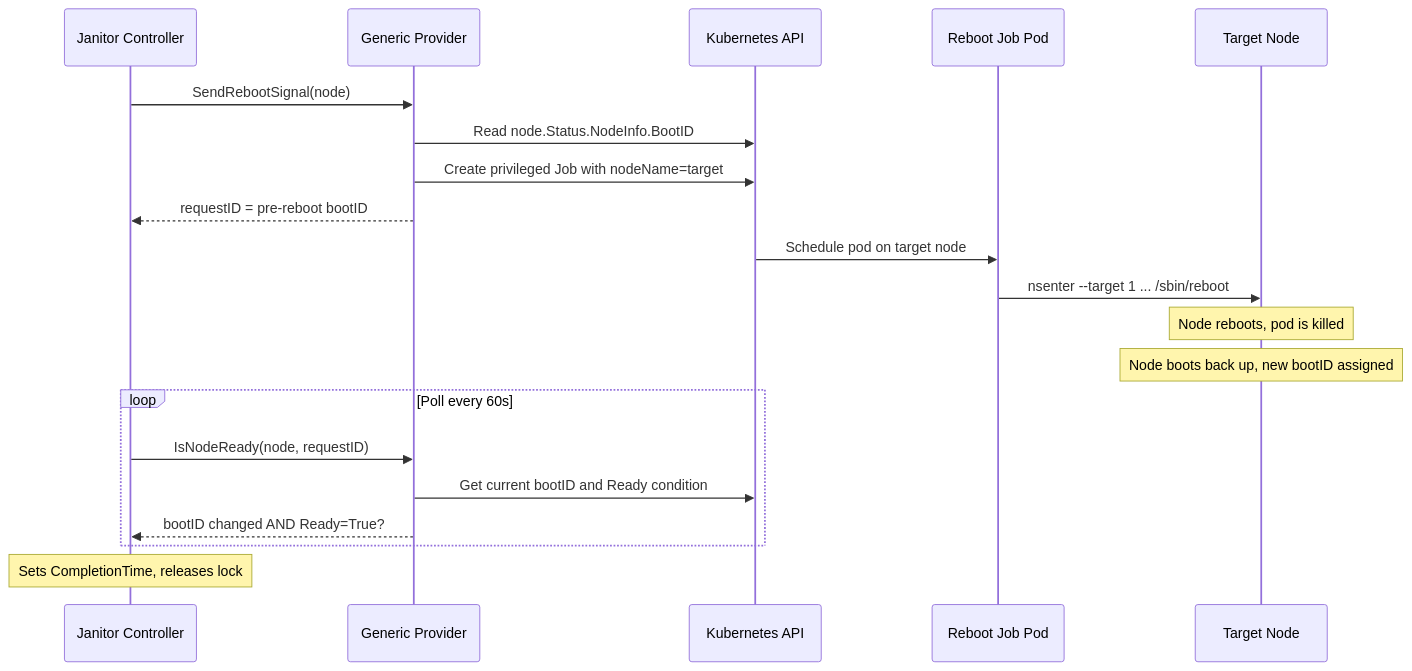
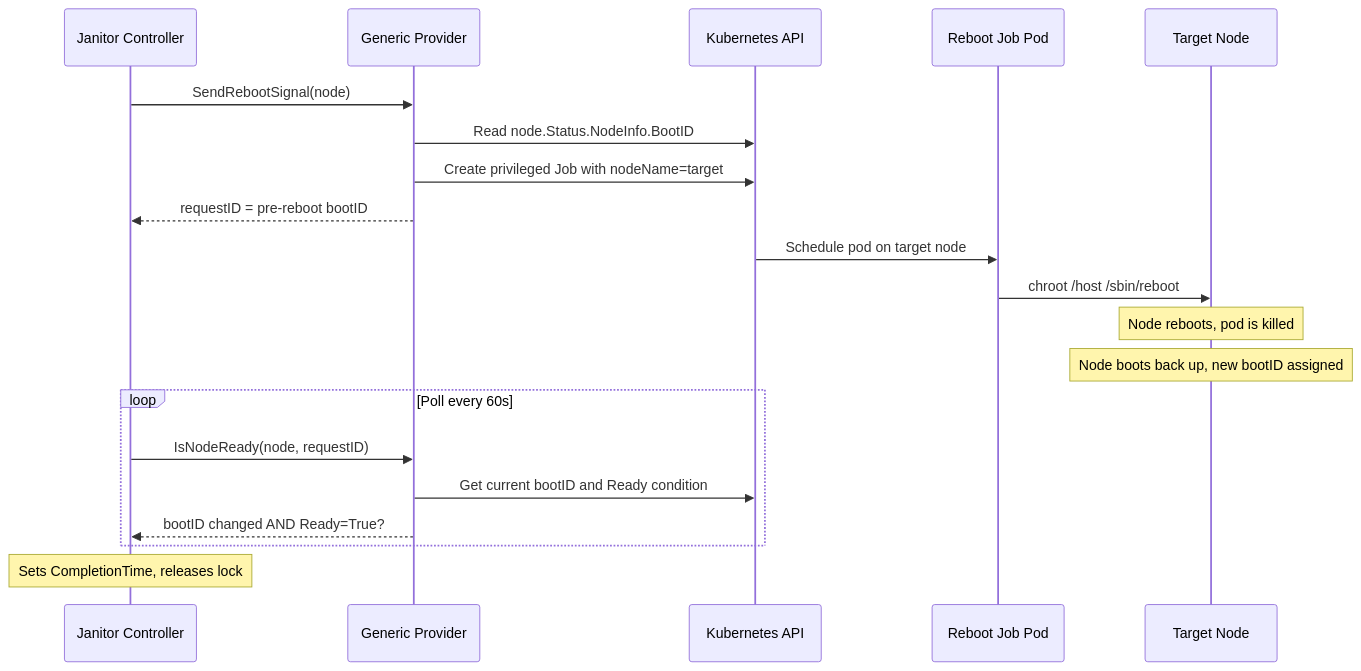
One commit to XRFXLP/NVSentinel changed the third of 4 diagrams in docs/designs/028-generic-baremetal-reboot-provider.md. Above: the diagram before and after it, drawn with Mermaid. The commit also changed other lines of this file, not shown here.

````diff
--- a/docs/designs/028-generic-baremetal-reboot-provider.md
+++ b/docs/designs/028-generic-baremetal-reboot-provider.md
@@ -62,27 +58,27 @@
 ```mermaid
 sequenceDiagram
     participant JC as Janitor Controller
     participant GP as Generic Provider
     participant K8s as Kubernetes API
     participant Job as Reboot Job Pod
     participant Node as Target Node
 
     JC->>GP: SendRebootSignal(node)
     GP->>K8s: Read node.Status.NodeInfo.BootID
     GP->>K8s: Create privileged Job with nodeName=target
     GP-->>JC: requestID = pre-reboot bootID
 
     K8s->>Job: Schedule pod on target node
-    Job->>Node: nsenter --target 1 ... /sbin/reboot
+    Job->>Node: chroot /host /sbin/reboot
     Note over Node: Node reboots, pod is killed
 
     Note over Node: Node boots back up, new bootID assigned
 
     loop Poll every 60s
         JC->>GP: IsNodeReady(node, requestID)
         GP->>K8s: Get current bootID and Ready condition
         GP-->>JC: bootID changed AND Ready=True?
     end
 
     Note over JC: Sets CompletionTime, releases lock
 ```
````
